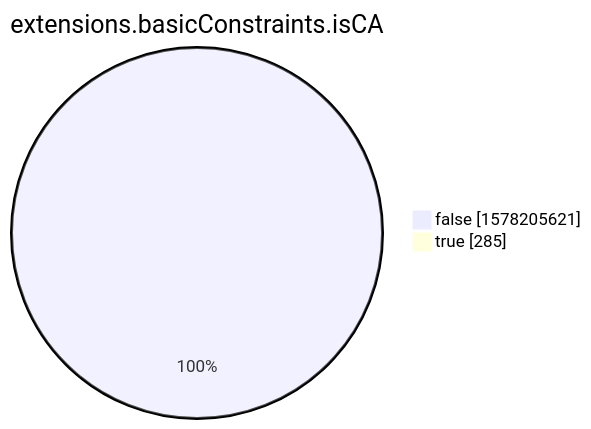
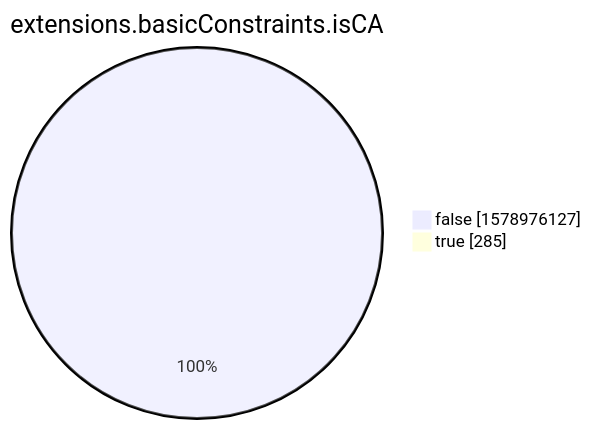
Before and after one commit to christiankrug/ctmonitor_visualization: the eighth of 15 diagrams in xenon2022/README.md, drawn with Mermaid. The commit also changed other lines of this file, not shown here.

````diff
--- a/xenon2022/README.md
+++ b/xenon2022/README.md
@@ -2861,6 +2861,6 @@
 ```mermaid
 pie showData
 title extensions.basicConstraints.isCA
-"false" :1578205621
+"false" :1578976127
 "true" :285
 ```
````
